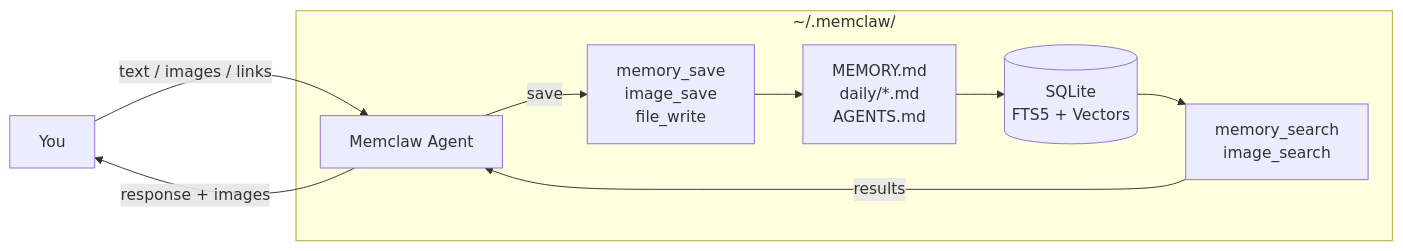
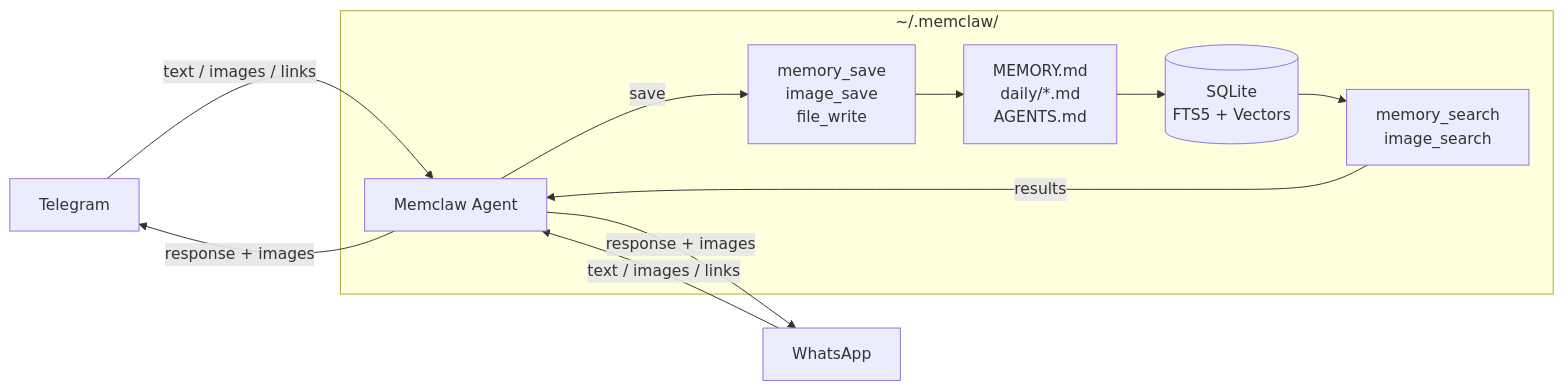
One commit to emanuilo/memclaw changed the diagram in README.md. Above: the diagram before and after it, drawn with Mermaid. The commit also changed other lines of this file and 9 other files, not shown here.

First line of the commit message:
feat: add WhatsApp Cloud API support

````diff
--- a/README.md
+++ b/README.md
@@ -94,14 +119,16 @@
 ```mermaid
 flowchart LR
-    You -->|text / images / links| Agent[Memclaw Agent]
+    TG[Telegram] -->|text / images / links| Agent[Memclaw Agent]
+    WA[WhatsApp] -->|text / images / links| Agent
 
     subgraph sandbox ["~/.memclaw/"]
         Agent -->|save| Tools1["memory_save<br>image_save<br>file_write"]
         Tools1 --> Files["MEMORY.md<br>daily/*.md<br>AGENTS.md"]
         Files --> DB[("SQLite<br>FTS5 + Vectors")]
         DB --> Tools2["memory_search<br>image_search"]
         Tools2 -->|results| Agent
     end
 
-    Agent -->|response + images| You
+    Agent -->|response + images| TG
+    Agent -->|response + images| WA
 ```
````
